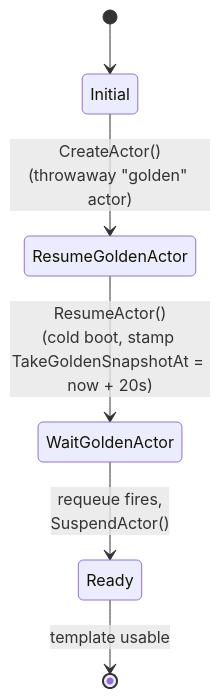
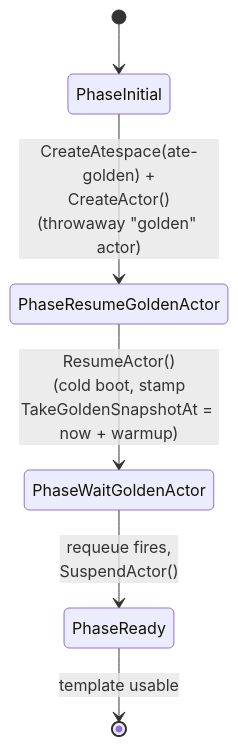
Before and after one commit to christian-posta/substrate: the first of 2 diagrams in atlas/src/content/docs/flows/golden-snapshot.mdx, drawn with Mermaid. The commit also changed other lines of this file and 28 other files, not shown here.

````diff
--- a/atlas/src/content/docs/flows/golden-snapshot.mdx
+++ b/atlas/src/content/docs/flows/golden-snapshot.mdx
@@ -42,8 +50,8 @@
 ```mermaid
 stateDiagram-v2
-  [*] --> Initial
-  Initial --> ResumeGoldenActor: CreateActor()<br/>(throwaway "golden" actor)
-  ResumeGoldenActor --> WaitGoldenActor: ResumeActor()<br/>(cold boot, stamp TakeGoldenSnapshotAt = now + 20s)
-  WaitGoldenActor --> Ready: requeue fires,<br/>SuspendActor()
-  Ready --> [*]: template usable
+  [*] --> PhaseInitial
+  PhaseInitial --> PhaseResumeGoldenActor: CreateAtespace(ate-golden) +<br/>CreateActor()<br/>(throwaway "golden" actor)
+  PhaseResumeGoldenActor --> PhaseWaitGoldenActor: ResumeActor()<br/>(cold boot, stamp<br/>TakeGoldenSnapshotAt = now + warmup)
+  PhaseWaitGoldenActor --> PhaseReady: requeue fires,<br/>SuspendActor()
+  PhaseReady --> [*]: template usable
 ```
````
